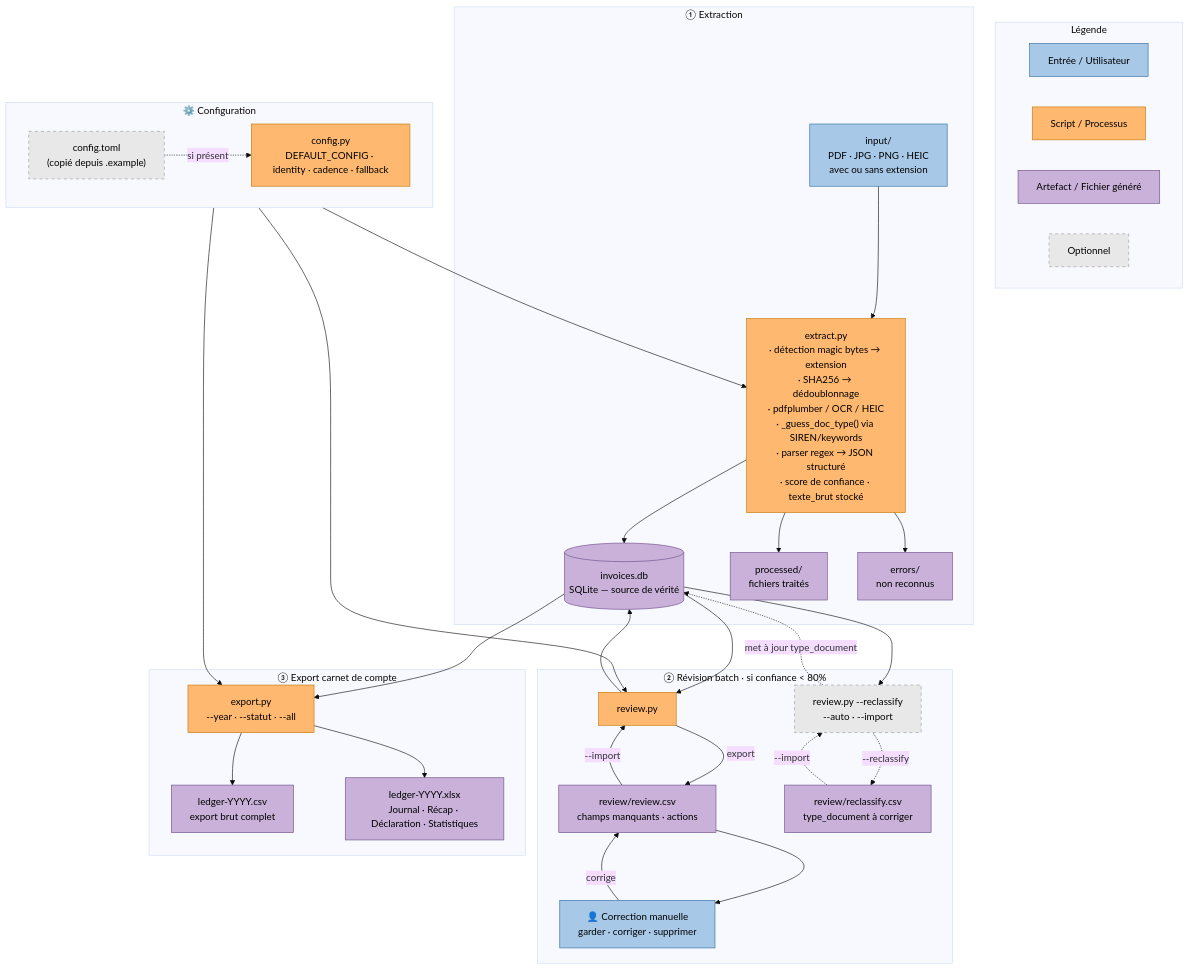
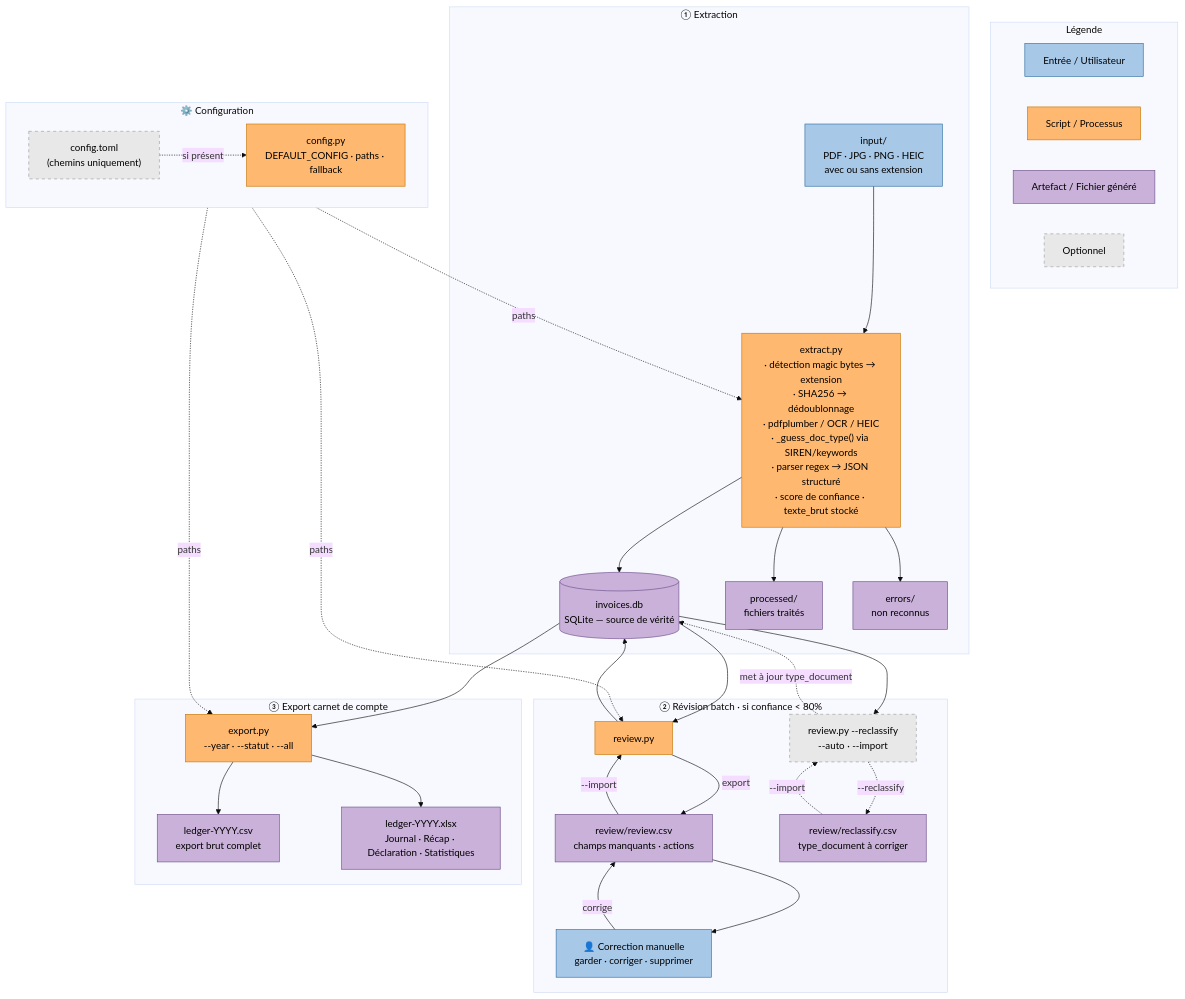
Before and after one commit to ValentinDumas/toolbox: the first of 2 diagrams in invoice-manager/README.md, drawn with Mermaid (base theme). The commit also changed other lines of this file and 9 other files, not shown here.

First line of the commit message:
feat: migrate identity/fiscal/OCR config from toml to DB + setup wizard

````diff
--- a/invoice-manager/README.md
+++ b/invoice-manager/README.md
@@ -233,75 +214,75 @@
 ```mermaid
 flowchart TD
     classDef input    fill:#A8C8E8,stroke:#2D6A9F,color:#000
     classDef process  fill:#FFB870,stroke:#C47400,color:#000
     classDef artifact fill:#C9B1D9,stroke:#6B4D8A,color:#000
     classDef optional fill:#E8E8E8,stroke:#999,color:#000,stroke-dasharray:5 5
 
     %% ── Légende ──────────────────────────────────────
     subgraph LEG["Légende"]
         direction LR
         L1["Entrée / Utilisateur"]:::input
         L2["Script / Processus"]:::process
         L3["Artefact / Fichier généré"]:::artifact
         L4["Optionnel"]:::optional
     end
 
     %% ── Configuration ────────────────────────────────
     subgraph CFG["⚙️ Configuration"]
         direction LR
-        F_CFG["config.toml\n(copié depuis .example)"]:::optional
-        M_CFG["config.py\nDEFAULT_CONFIG · identity · cadence · fallback"]:::process
+        F_CFG["config.toml\n(chemins uniquement)"]:::optional
+        M_CFG["config.py\nDEFAULT_CONFIG · paths · fallback"]:::process
         F_CFG -. "si présent" .-> M_CFG
     end
 
     %% ── Étape 1 : Extraction ─────────────────────────
     subgraph S1["① Extraction"]
         IN["input/\nPDF · JPG · PNG · HEIC\navec ou sans extension"]:::input
         EX["extract.py\n· détection magic bytes → extension\n· SHA256 → dédoublonnage\n· pdfplumber / OCR / HEIC\n· _guess_doc_type() via SIREN/keywords\n· parser regex → JSON structuré\n· score de confiance · texte_brut stocké"]:::process
         DB[("invoices.db\nSQLite — source de vérité")]:::artifact
         PR["processed/\nfichiers traités"]:::artifact
         ER["errors/\nnon reconnus"]:::artifact
     end
 
     %% ── Étape 2 : Révision ───────────────────────────
     subgraph S2["② Révision batch  ·  si confiance &lt; 80%"]
         RV["review.py"]:::process
         RC["review/review.csv\nchamps manquants · actions"]:::artifact
         US["👤 Correction manuelle\ngarder · corriger · supprimer"]:::input
         RC2["review/reclassify.csv\ntype_document à corriger"]:::artifact
         RV2["review.py --reclassify\n--auto · --import"]:::optional
     end
 
     %% ── Étape 3 : Export ─────────────────────────────
     subgraph S3["③ Export carnet de compte"]
         EXP["export.py\n--year · --statut · --all"]:::process
         CSV["ledger-YYYY.csv\nexport brut complet"]:::artifact
         XLS["ledger-YYYY.xlsx\nJournal · Récap · Déclaration · Statistiques"]:::artifact
     end
 
     %% ── Connexions ───────────────────────────────────
-    M_CFG --> EX
-    M_CFG --> RV
-    M_CFG --> EXP
+    M_CFG -. "paths" .-> EX
+    M_CFG -. "paths" .-> RV
+    M_CFG -. "paths" .-> EXP
 
     IN --> EX
     EX --> DB
     EX --> PR
     EX --> ER
 
     DB --> RV
     RV -- "export" --> RC
     RC --> US
     US -- "corrige" --> RC
     RC -- "--import" --> RV
     RV --> DB
 
     DB --> RV2
     RV2 -. "--reclassify" .-> RC2
     RC2 -. "--import" .-> RV2
     RV2 -. "met à jour type_document" .-> DB
 
     DB --> EXP
     EXP --> CSV
     EXP --> XLS
 ```
````
